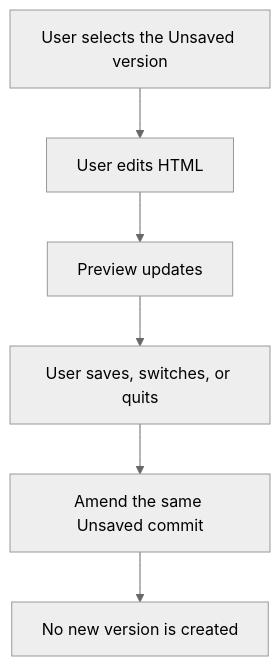
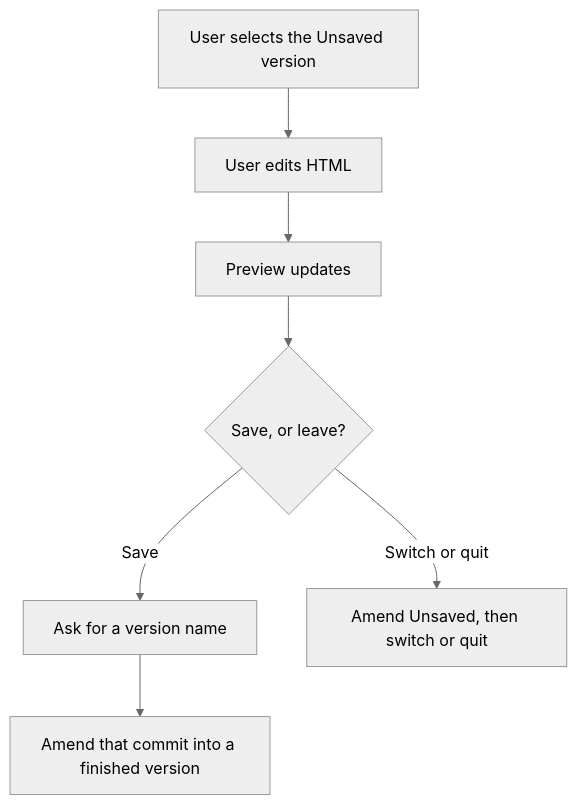
Before and after one commit to IsmailBiswas/lines: the ninth of 13 diagrams in docs/user-flows.md, drawn with Mermaid (neutral theme). The commit also changed other lines of this file and 53 other files, not shown here.

````diff
--- a/docs/user-flows.md
+++ b/docs/user-flows.md
@@ -152,11 +184,14 @@
 ```mermaid
 flowchart TD
   openUnsaved[User selects the Unsaved version]
   types[User edits HTML]
   preview[Preview updates]
-  write[User saves, switches, or quits]
-  amend[Amend the same Unsaved commit]
-  noNew[No new version is created]
+  action{Save, or leave?}
+  name[Ask for a version name]
+  finish[Amend that commit into a finished version]
+  leave[Amend Unsaved, then switch or quit]
 
-  openUnsaved --> types --> preview --> write --> amend --> noNew
+  openUnsaved --> types --> preview --> action
+  action -->|Save| name --> finish
+  action -->|Switch or quit| leave
 ```
````
